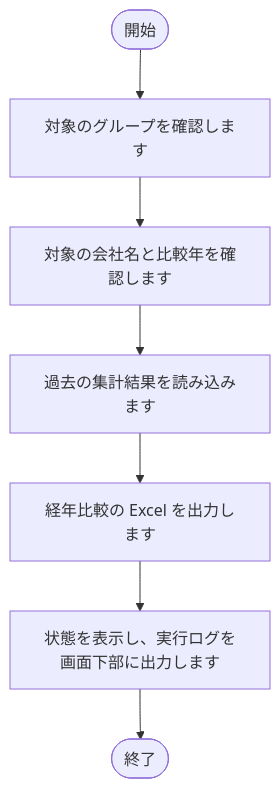
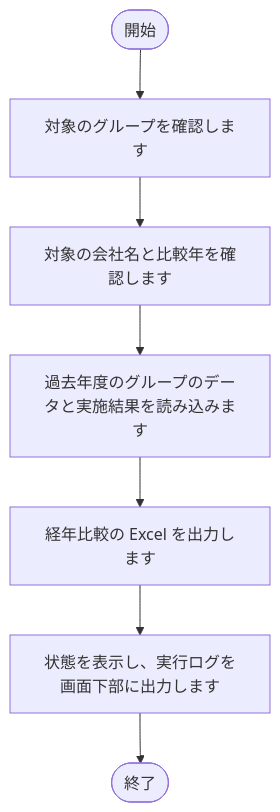
One commit to nishida2073/project_management changed the eighth of 24 diagrams in tool/track-aggregator/doc/02_設計/処理フロー.md. Above: the diagram before and after it, drawn with Mermaid. The commit also changed other lines of this file and 16 other files, not shown here.

````diff
--- a/tool/track-aggregator/doc/02_設計/処理フロー.md
+++ b/tool/track-aggregator/doc/02_設計/処理フロー.md
@@ -197,16 +203,16 @@
 ```mermaid
 flowchart TD
     S(["開始"])
     E(["終了"])
     N1["対象のグループを確認します"]
     S --> N1
     N2["対象の会社名と比較年を確認します"]
     N1 --> N2
-    N3["過去の集計結果を読み込みます"]
+    N3["過去年度のグループのデータと実施結果を読み込みます"]
     N2 --> N3
     N4["経年比較の Excel を出力します"]
     N3 --> N4
     N5["状態を表示し、実行ログを画面下部に出力します"]
     N4 --> N5
     N5 --> E
 ```
````
